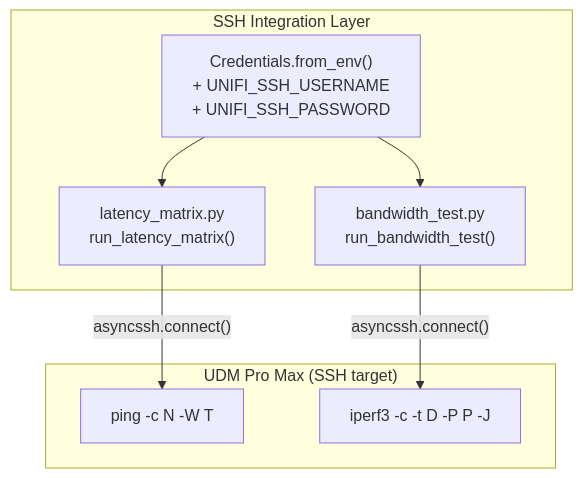
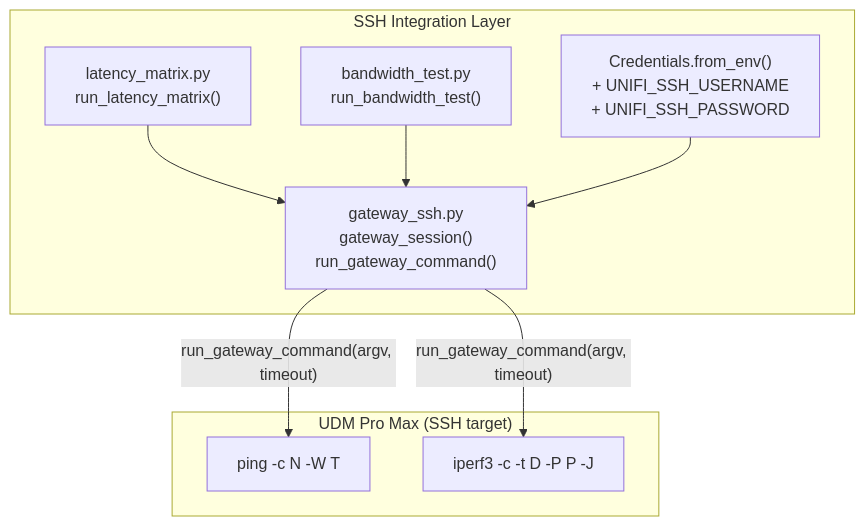
Before and after one commit to NetDevAutomate/unifi_management_cli: diagram 13 of 21 in docs/architecture/architecture-overview.md, drawn with Mermaid. The commit also changed other lines of this file and 7 other files, not shown here.

First line of the commit message:
refactor(ssh): run every gateway command through one session helper

````diff
--- a/docs/architecture/architecture-overview.md
+++ b/docs/architecture/architecture-overview.md
@@ -870,18 +870,20 @@
 ```mermaid
 graph TD
     subgraph ssh_layer["SSH Integration Layer"]
         LM["latency_matrix.py\nrun_latency_matrix()"]
         BW["bandwidth_test.py\nrun_bandwidth_test()"]
+        GS["gateway_ssh.py\ngateway_session()\nrun_gateway_command()"]
         CREDS["Credentials.from_env()\n+ UNIFI_SSH_USERNAME\n+ UNIFI_SSH_PASSWORD"]
     end
 
     subgraph gateway["UDM Pro Max (SSH target)"]
         PING["ping -c N -W T <ip>"]
         IPERF["iperf3 -c <ip> -t D -P P -J"]
     end
 
-    LM -->|"asyncssh.connect()"| PING
-    BW -->|"asyncssh.connect()"| IPERF
-    CREDS --> LM
-    CREDS --> BW
+    LM --> GS
+    BW --> GS
+    GS -->|"run_gateway_command(argv, timeout)"| PING
+    GS -->|"run_gateway_command(argv, timeout)"| IPERF
+    CREDS --> GS
 ```
````
